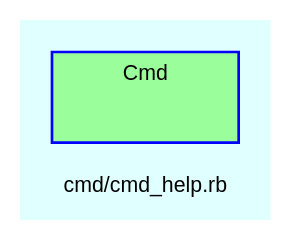
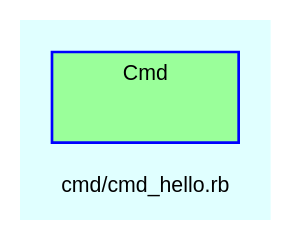
The diagram in doc/dot/f_19.dot (Tyche/teensymud), drawn with Graphviz before and after one commit. The commit also changed 121 other files, not shown here.

```diff
--- a/doc/dot/f_19.dot
+++ b/doc/dot/f_19.dot
@@ -1,29 +1,29 @@
 digraph TopLevel {
     compound = true
     bgcolor = lightcyan1
     fontname = Arial
     fontsize = 8
-    label = "cmd/cmd_help.rb"
+    label = "cmd/cmd_hello.rb"
     node [
         fontname = Arial,
         fontsize = 8,
         color = black
     ]
 
     subgraph cluster_Cmd {
         fillcolor = palegreen1
         URL = "classes/Cmd.html"
         fontname = Arial
         color = blue
         label = "Cmd"
         style = filled
         Cmd [
             shape = plaintext,
             height = 0.01,
             width = 0.75,
             label = ""
         ]
 
     }
 
 }
```
